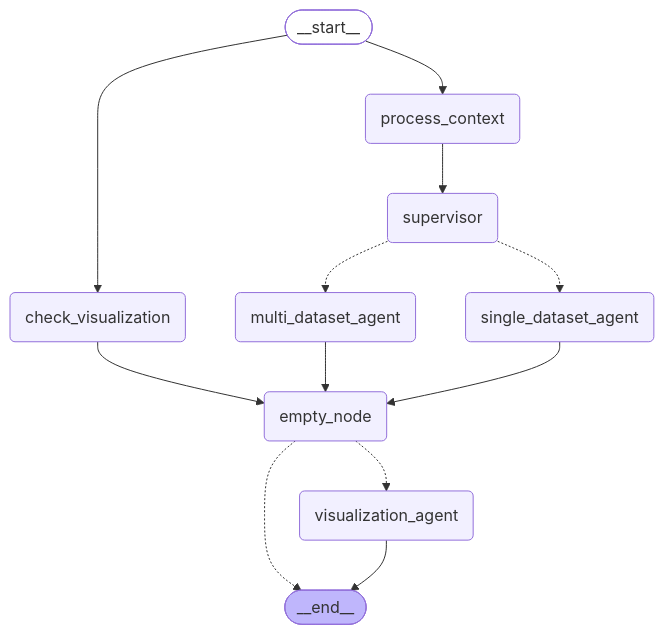
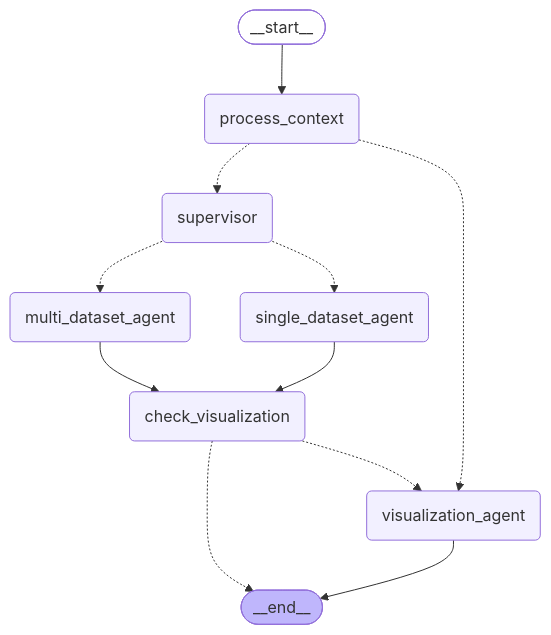
One commit to factly/gopie changed the diagram in chat-server/app/workflow/graph/graph_mermaid/agent_graph.mmd. Above: the diagram before and after it, drawn with Mermaid. The commit also changed 5 other files, not shown here.

```diff
--- a/chat-server/app/workflow/graph/graph_mermaid/agent_graph.mmd
+++ b/chat-server/app/workflow/graph/graph_mermaid/agent_graph.mmd
@@ -1,29 +1,27 @@
 ---
 config:
   flowchart:
     curve: basis
 ---
 graph TD;
 	__start__([<p>__start__</p>]):::first
 	process_context(process_context)
 	supervisor(supervisor)
 	multi_dataset_agent(multi_dataset_agent)
 	single_dataset_agent(single_dataset_agent)
 	visualization_agent(visualization_agent)
 	check_visualization(check_visualization)
-	empty_node(empty_node)
 	__end__([<p>__end__</p>]):::last
-	__start__ --> check_visualization;
 	__start__ --> process_context;
-	check_visualization --> empty_node;
-	empty_node -.-> __end__;
-	empty_node -.-> visualization_agent;
-	multi_dataset_agent --> empty_node;
-	process_context --> supervisor;
-	single_dataset_agent --> empty_node;
+	check_visualization -.-> __end__;
+	check_visualization -.-> visualization_agent;
+	multi_dataset_agent --> check_visualization;
+	process_context -.-> supervisor;
+	process_context -.-> visualization_agent;
+	single_dataset_agent --> check_visualization;
 	supervisor -.-> multi_dataset_agent;
 	supervisor -.-> single_dataset_agent;
 	visualization_agent --> __end__;
 	classDef default fill:#f2f0ff,line-height:1.2
 	classDef first fill-opacity:0
 	classDef last fill:#bfb6fc
```
